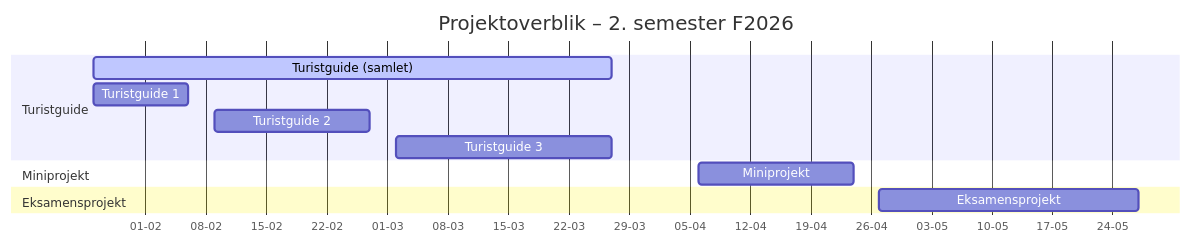
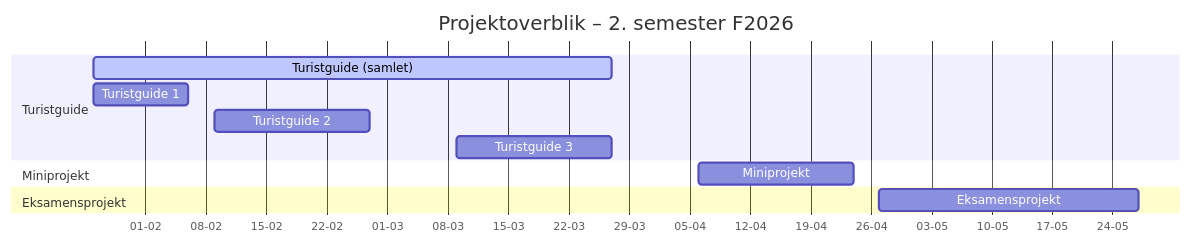
One commit to EK-DATA-2SEM-PROGSYSTEK/DATA-GBG-E25A-B changed the diagram in README.md. Above: the diagram before and after it, drawn with Mermaid.

````diff
--- a/README.md
+++ b/README.md
@@ -680,18 +680,18 @@
 ```mermaid
 gantt
     title Projektoverblik – 2. semester F2026
     dateFormat  YYYY-MM-DD
     axisFormat  %d-%m
 
     section Turistguide
     Turistguide (samlet)            :active, tg, 2026-01-26, 2026-03-27
     Turistguide 1                   :tg1, 2026-01-26, 2026-02-06
     Turistguide 2                   :tg2, 2026-02-09, 2026-02-27
-    Turistguide 3                   :tg3, 2026-03-02, 2026-03-27
+    Turistguide 3                   :tg3, 2026-03-09, 2026-03-27
 
     section Miniprojekt
     Miniprojekt                     :mini, 2026-04-06, 2026-04-24
 
     section Eksamensprojekt
     Eksamensprojekt                 :exam, 2026-04-27, 2026-05-27
 ```
````
